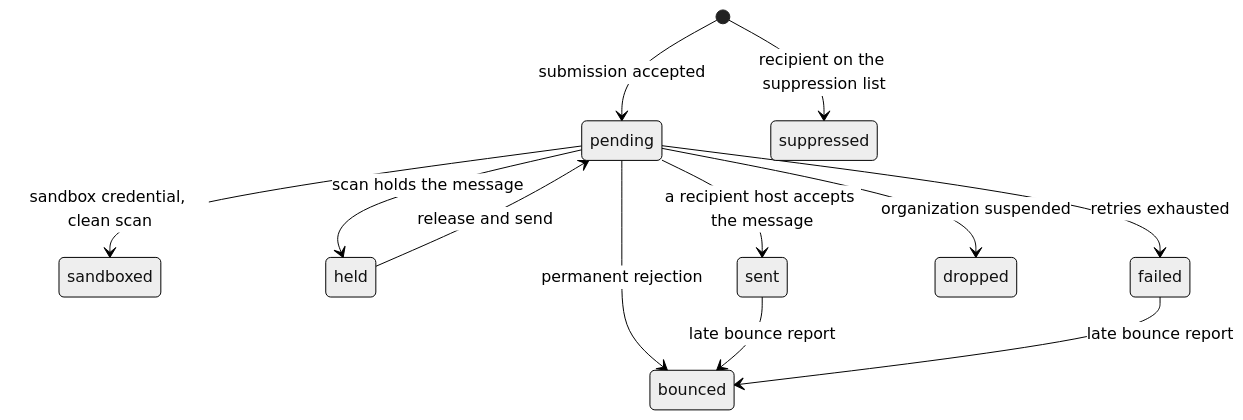
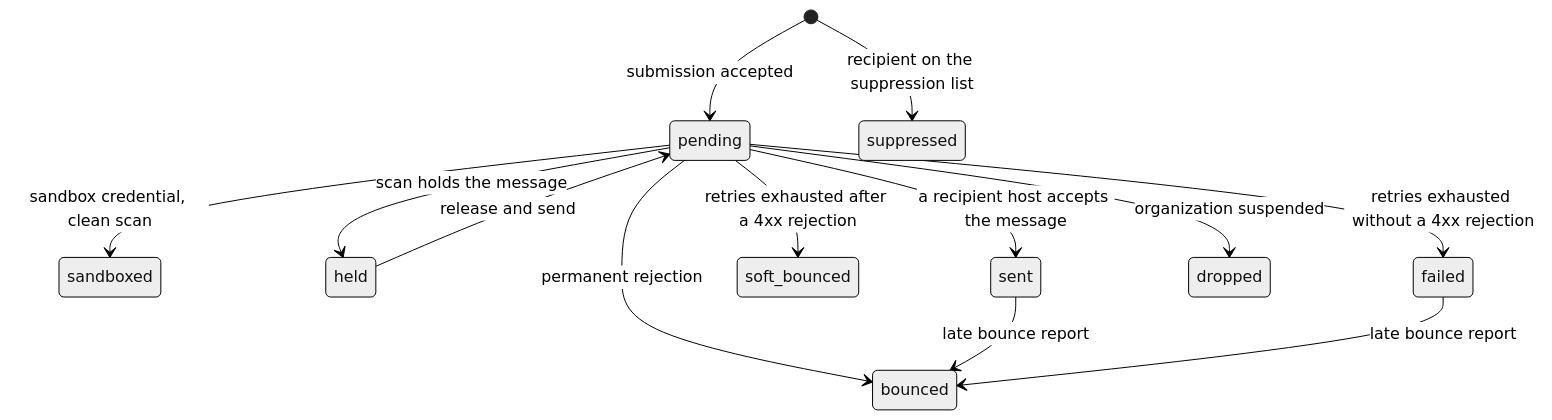
The first of 2 diagrams in docs/docs/message-statuses.md (relays-to/relay), drawn with Mermaid (neutral theme) before and after one commit. The commit also changed other lines of this file and 15 other files, not shown here.

First line of the commit message:
Distinguish soft and hard bounces in failed sends (#690)

````diff
--- a/docs/docs/message-statuses.md
+++ b/docs/docs/message-statuses.md
@@ -18,16 +18,17 @@
 ```mermaid
 stateDiagram-v2
     [*] --> pending : submission accepted
     [*] --> suppressed : recipient on the suppression list
 
     pending --> sandboxed : sandbox credential, clean scan
     pending --> held : scan holds the message
     pending --> sent : a recipient host accepts the message
     pending --> bounced : permanent rejection
-    pending --> failed : retries exhausted
+    pending --> soft_bounced : retries exhausted after a 4xx rejection
+    pending --> failed : retries exhausted without a 4xx rejection
     pending --> dropped : organization suspended
 
     held --> pending : release and send
     sent --> bounced : late bounce report
     failed --> bounced : late bounce report
 ```
````
